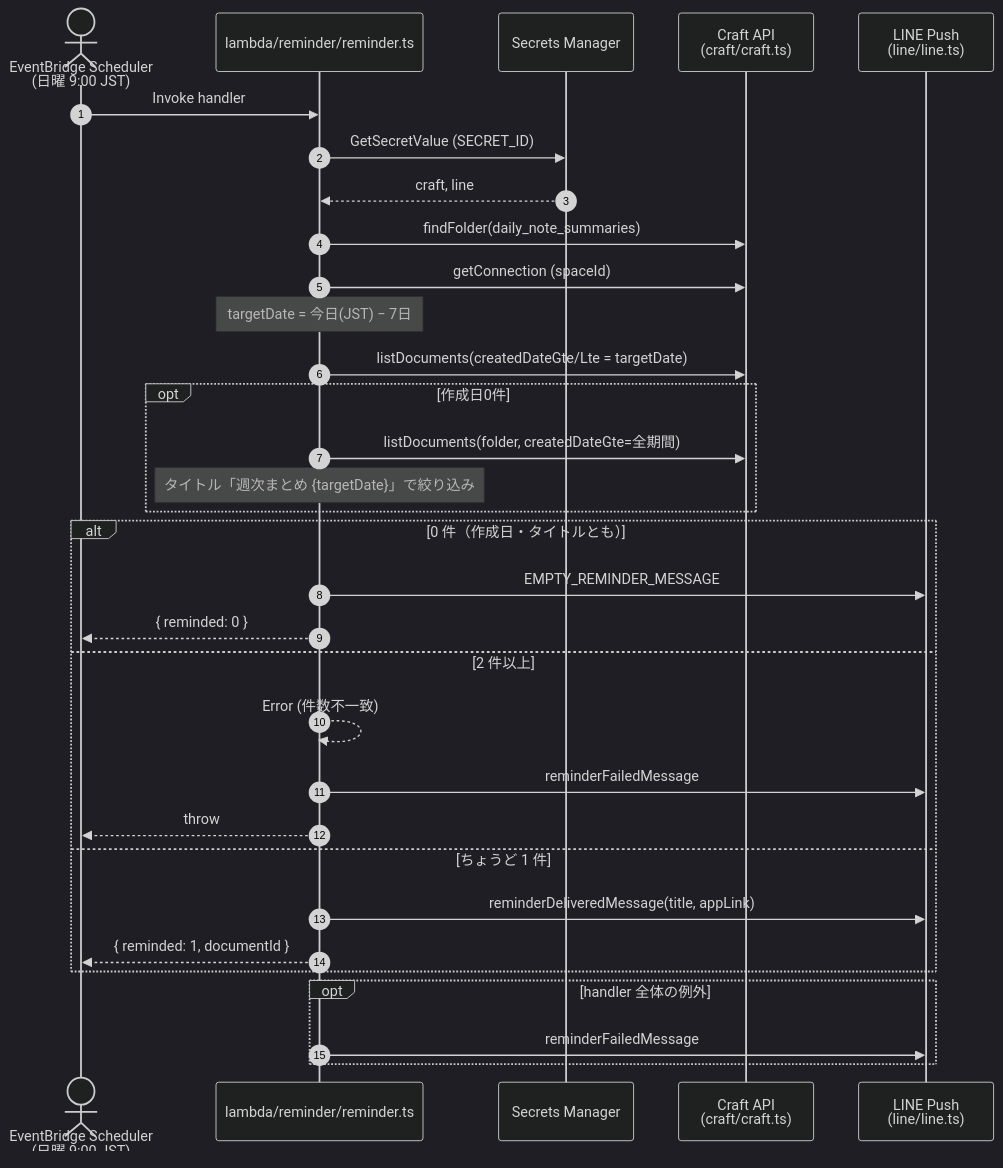
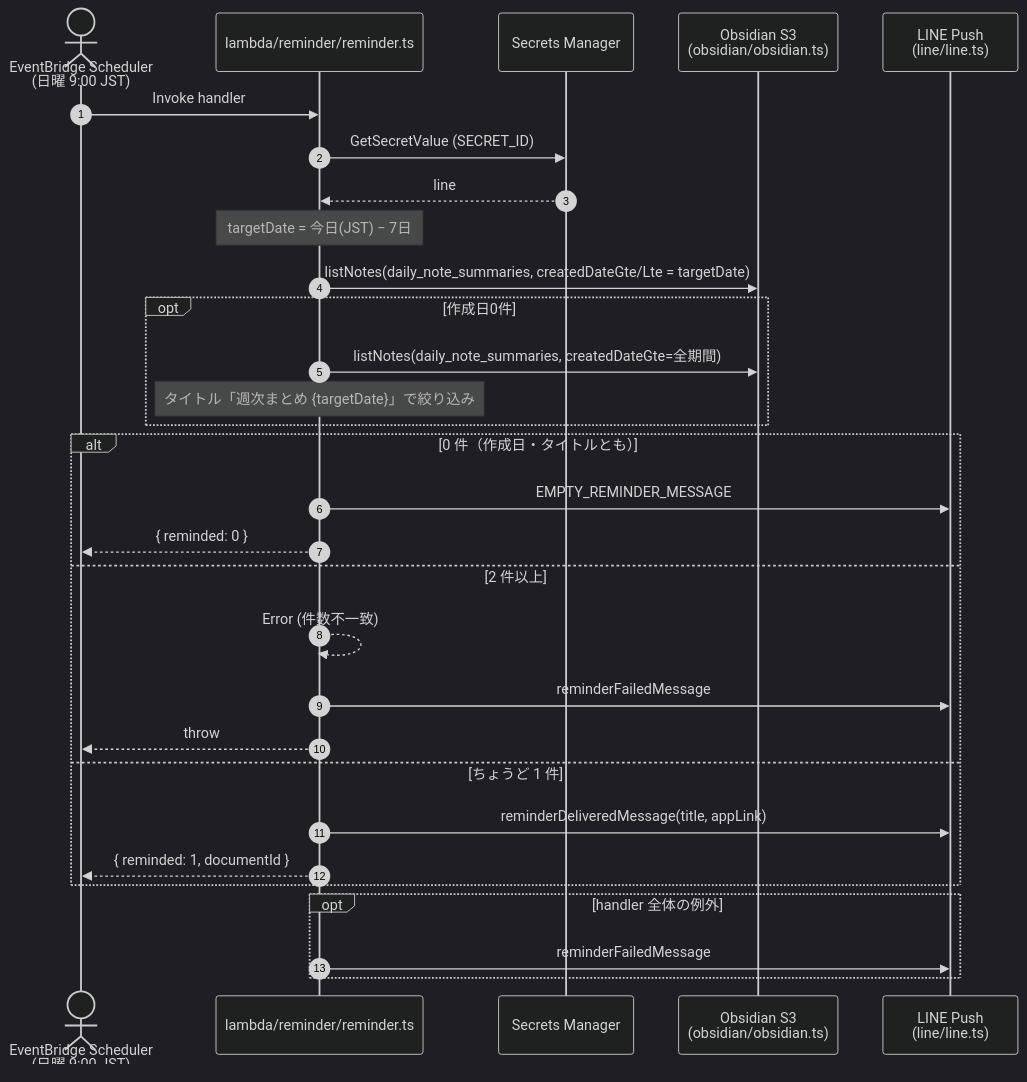
Before and after one commit to suzy1031/transcribe-save-to-notes-app: the third of 5 diagrams in specifications/request-sequence.md, drawn with Mermaid (dark theme). The commit also changed other lines of this file and 3 other files, not shown here.

````diff
--- a/specifications/request-sequence.md
+++ b/specifications/request-sequence.md
@@ -147,38 +141,36 @@
 ```mermaid
 sequenceDiagram
     autonumber
     actor Scheduler as EventBridge Scheduler<br/>(日曜 9:00 JST)
     participant Reminder as lambda/reminder/reminder.ts
     participant SM as Secrets Manager
-    participant Craft as Craft API<br/>(craft/craft.ts)
+    participant Obsidian as Obsidian S3<br/>(obsidian/obsidian.ts)
     participant Line as LINE Push<br/>(line/line.ts)
 
     Scheduler->>Reminder: Invoke handler
     Reminder->>SM: GetSecretValue (SECRET_ID)
-    SM-->>Reminder: craft, line
+    SM-->>Reminder: line
 
-    Reminder->>Craft: findFolder(daily_note_summaries)
-    Reminder->>Craft: getConnection (spaceId)
     Note over Reminder: targetDate = 今日(JST) − 7日
-    Reminder->>Craft: listDocuments(createdDateGte/Lte = targetDate)
+    Reminder->>Obsidian: listNotes(daily_note_summaries, createdDateGte/Lte = targetDate)
     opt 作成日0件
-        Reminder->>Craft: listDocuments(folder, createdDateGte=全期間)
+        Reminder->>Obsidian: listNotes(daily_note_summaries, createdDateGte=全期間)
         Note over Reminder: タイトル「週次まとめ {targetDate}」で絞り込み
     end
 
     alt 0 件（作成日・タイトルとも）
         Reminder->>Line: EMPTY_REMINDER_MESSAGE
         Reminder-->>Scheduler: { reminded: 0 }
     else 2 件以上
         Reminder-->>Reminder: Error (件数不一致)
         Reminder->>Line: reminderFailedMessage
         Reminder-->>Scheduler: throw
     else ちょうど 1 件
         Reminder->>Line: reminderDeliveredMessage(title, appLink)
         Reminder-->>Scheduler: { reminded: 1, documentId }
     end
 
     opt handler 全体の例外
         Reminder->>Line: reminderFailedMessage
     end
 ```
````
